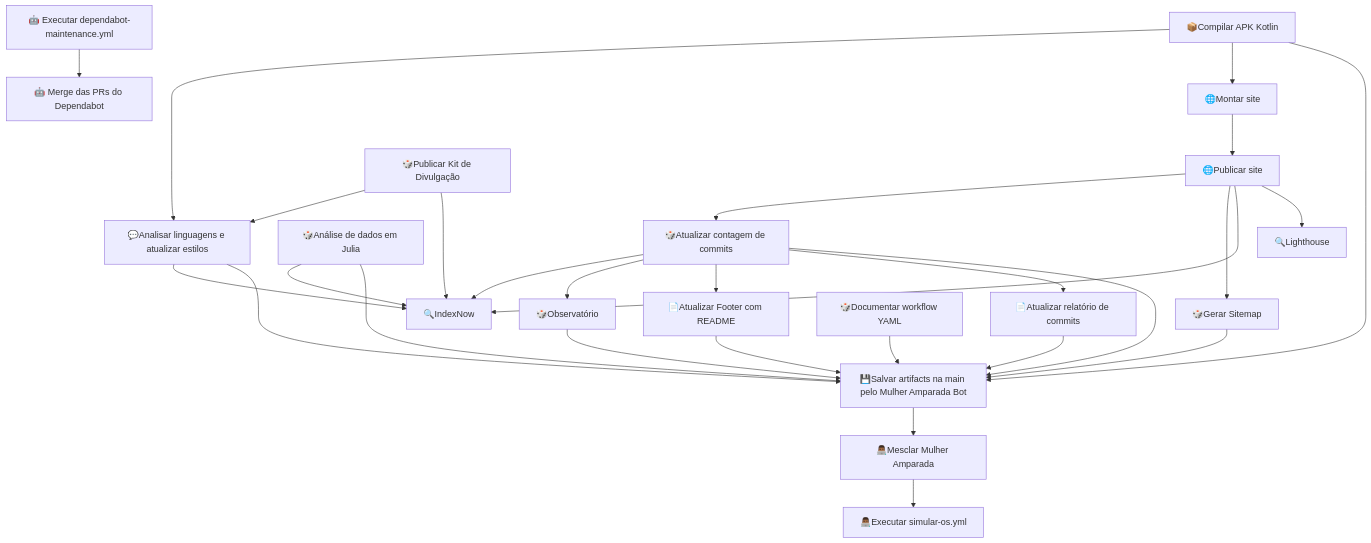
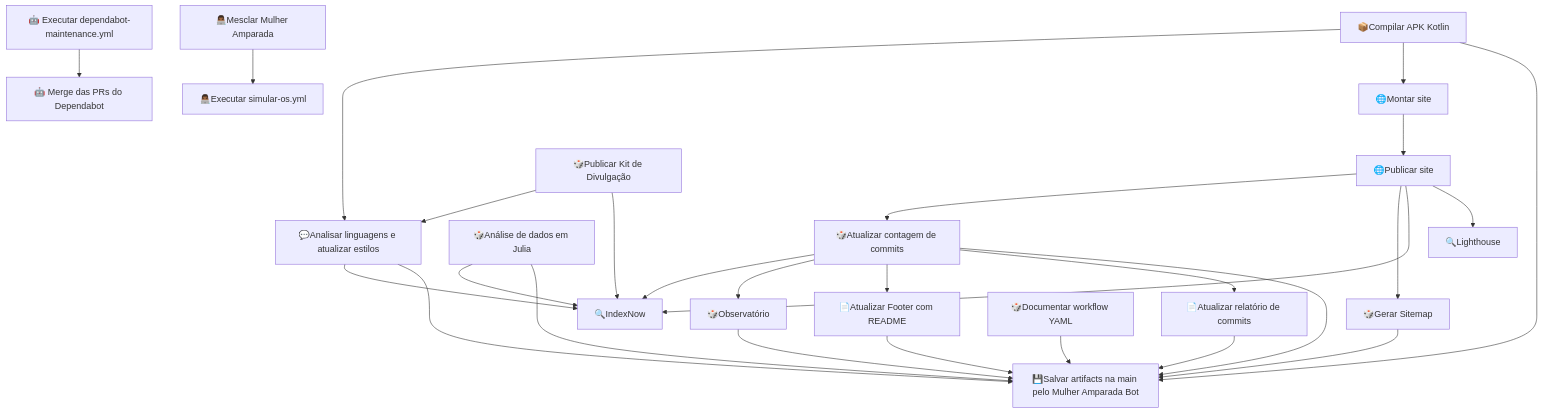
One commit to mulher-amparada/mulher-amparada-app changed the diagram in pesquisas/workflow.md. Above: the diagram before and after it, drawn with Mermaid. The commit also changed other lines of this file and 7 other files, not shown here.

````diff
--- a/pesquisas/workflow.md
+++ b/pesquisas/workflow.md
@@ -36,49 +36,48 @@
 ```mermaid
 flowchart TD
     job_build["📦Compilar APK Kotlin"]
     job_executar_dependabot_maintenance["🤖 Executar dependabot-maintenance.yml"]
     job_dependabot_merge["🤖 Merge das PRs do Dependabot"]
     job_linguagens["💬Analisar linguagens e atualizar estilos"]
     job_bot["🎲Análise de dados em Julia"]
     job_build_site["🌐Montar site"]
     job_deploy["🌐Publicar site"]
     job_atualizar_commits["🎲Atualizar contagem de commits"]
     job_sitemap["🎲Gerar Sitemap"]
     job_indexnow["🔍IndexNow"]
     job_lighthouse["🔍Lighthouse"]
     job_publicar_divulgacao["🎲Publicar Kit de Divulgação"]
     job_observatorio["🎲Observatório"]
     job_atualizar_footer["📄Atualizar Footer com README"]
     job_atualizar_relatorio_commits["📄Atualizar relatório de commits"]
     job_pesquisar_projeto["🎲Documentar workflow YAML"]
     job_salvar_na_main["💾Salvar artifacts na main pelo Mulher Amparada Bot"]
     job_mesclar_mulher_amparada["👨🏾‍💻Mesclar Mulher Amparada"]
     job_simular_os["👨🏾‍💻Executar simular-os.yml"]
     job_executar_dependabot_maintenance --> job_dependabot_merge
     job_build --> job_linguagens
     job_publicar_divulgacao --> job_linguagens
     job_build --> job_build_site
     job_build_site --> job_deploy
     job_deploy --> job_atualizar_commits
     job_deploy --> job_sitemap
     job_deploy --> job_indexnow
     job_bot --> job_indexnow
     job_linguagens --> job_indexnow
     job_publicar_divulgacao --> job_indexnow
     job_atualizar_commits --> job_indexnow
     job_deploy --> job_lighthouse
     job_atualizar_commits --> job_observatorio
     job_atualizar_commits --> job_atualizar_footer
     job_atualizar_commits --> job_atualizar_relatorio_commits
     job_build --> job_salvar_na_main
     job_linguagens --> job_salvar_na_main
     job_bot --> job_salvar_na_main
     job_atualizar_commits --> job_salvar_na_main
     job_sitemap --> job_salvar_na_main
     job_atualizar_footer --> job_salvar_na_main
     job_atualizar_relatorio_commits --> job_salvar_na_main
     job_pesquisar_projeto --> job_salvar_na_main
     job_observatorio --> job_salvar_na_main
-    job_salvar_na_main --> job_mesclar_mulher_amparada
     job_mesclar_mulher_amparada --> job_simular_os
 ```
````
